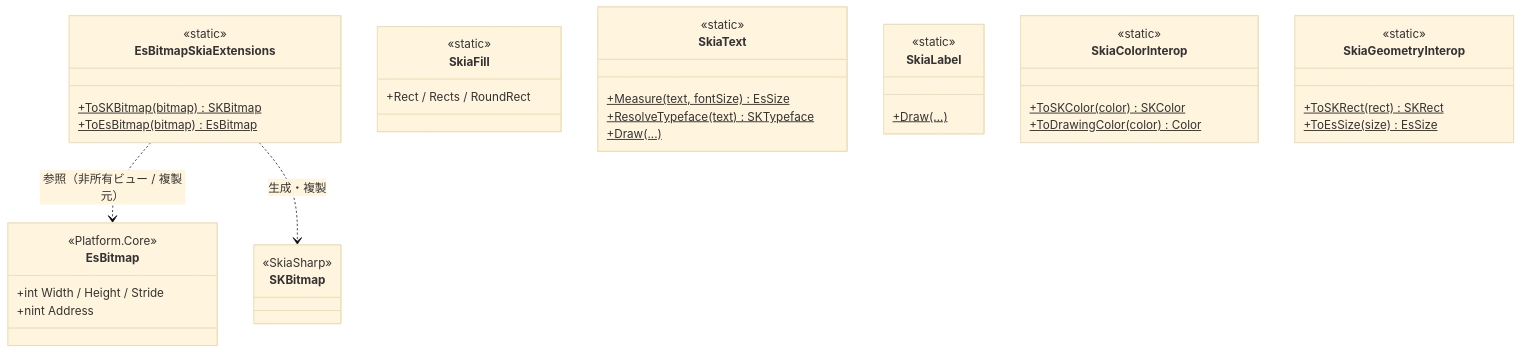
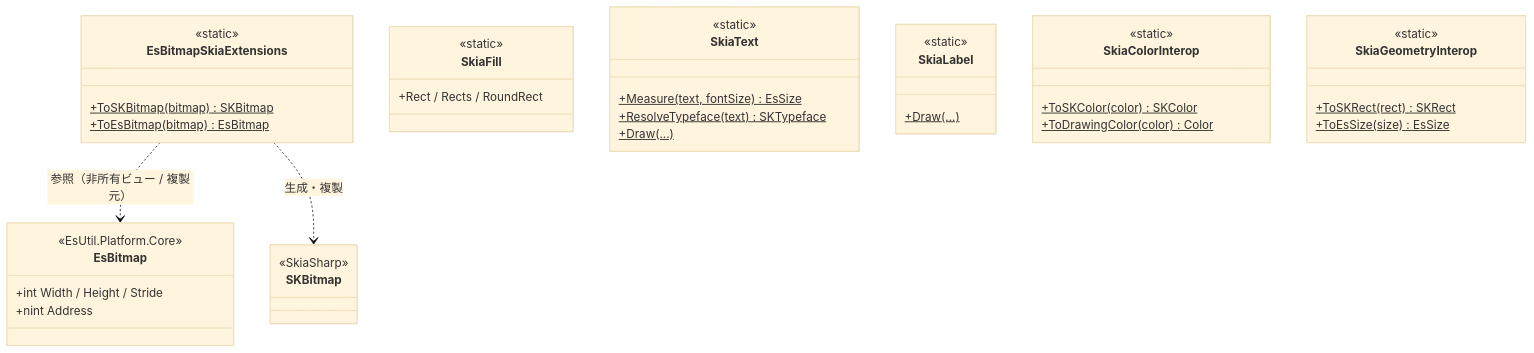
One commit to tomokuni/SaveEvidence changed the second of 4 diagrams in src/App.Platform.Skia/SPEC_System.md. Above: the diagram before and after it, drawn with Mermaid (base theme). The commit also changed other lines of this file and 417 other files, not shown here.

First line of the commit message:
Feature と Platform のフォルダを名前空間と同じ EsUtil. 付きへ改名し、ログ接頭辞を EsUtil を除いた語にする

````diff
--- a/src/App.Platform.Skia/SPEC_System.md
+++ b/src/App.Platform.Skia/SPEC_System.md
@@ -57,43 +57,43 @@
 ```mermaid
 classDiagram
   class EsBitmapSkiaExtensions {
     <<static>>
     +ToSKBitmap(bitmap)$ SKBitmap
     +ToEsBitmap(bitmap)$ EsBitmap
   }
   class SkiaFill {
     <<static>>
     +Rect / Rects / RoundRect
   }
   class SkiaText {
     <<static>>
     +Measure(text, fontSize)$ EsSize
     +ResolveTypeface(text)$ SKTypeface
     +Draw(...)$
   }
   class SkiaLabel {
     <<static>>
     +Draw(...)$
   }
   class SkiaColorInterop {
     <<static>>
     +ToSKColor(color)$ SKColor
     +ToDrawingColor(color)$ Color
   }
   class SkiaGeometryInterop {
     <<static>>
     +ToSKRect(rect)$ SKRect
     +ToEsSize(size)$ EsSize
   }
   class EsBitmap {
-    <<Platform.Core>>
+    <<EsUtil.Platform.Core>>
     +int Width / Height / Stride
     +nint Address
   }
   class SKBitmap {
     <<SkiaSharp>>
   }
 
   EsBitmapSkiaExtensions ..> EsBitmap : 参照（非所有ビュー / 複製元）
   EsBitmapSkiaExtensions ..> SKBitmap : 生成・複製
 ```
````
